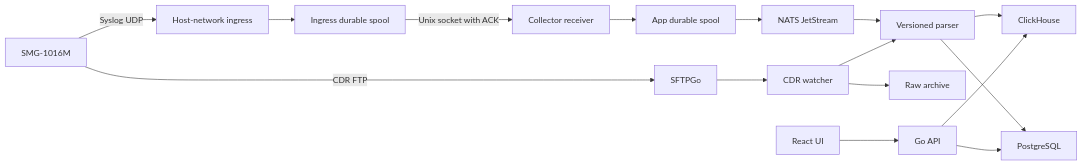
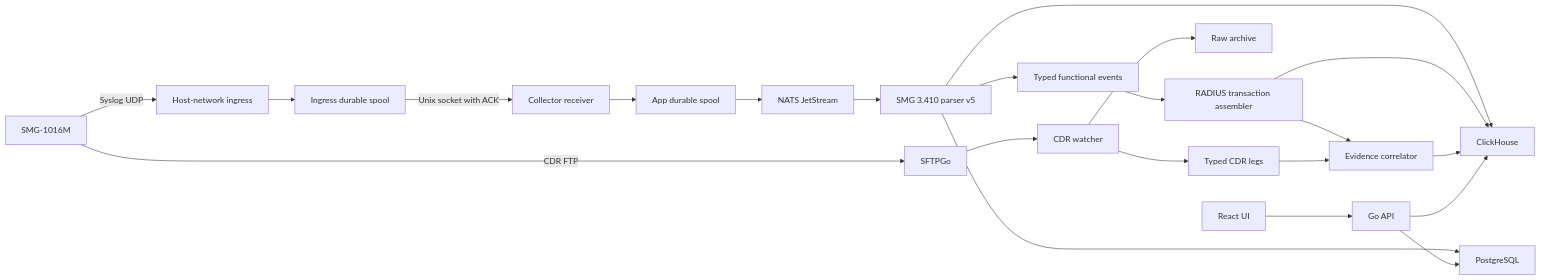
Before and after one commit to finenumbers/collector: the diagram in docs/architecture.md, drawn with Mermaid. The commit also changed other lines of this file and 21 other files, not shown here.

````diff
--- a/docs/architecture.md
+++ b/docs/architecture.md
@@ -7,18 +7,24 @@
 ```mermaid
 flowchart LR
     SMG[SMG-1016M] -->|Syslog UDP| Ingress[Host-network ingress]
     SMG -->|CDR FTP| FTP[SFTPGo]
     Ingress --> IngressSpool[Ingress durable spool]
     IngressSpool -->|Unix socket with ACK| Receiver[Collector receiver]
     Receiver --> Spool[App durable spool]
     Spool --> NATS[NATS JetStream]
-    NATS --> Parser[Versioned parser]
+    NATS --> Parser[SMG 3.410 parser v5]
+    Parser --> Functional[Typed functional events]
+    Functional --> Radius[RADIUS transaction assembler]
+    Radius --> Correlator[Evidence correlator]
     FTP --> Watcher[CDR watcher]
     Watcher --> MinIO[Raw archive]
-    Watcher --> Parser
+    Watcher --> CDR[Typed CDR legs]
+    CDR --> Correlator
     Parser --> CH[ClickHouse]
+    Radius --> CH
+    Correlator --> CH
     Parser --> PG[PostgreSQL]
     UI[React UI] --> API[Go API]
     API --> CH
     API --> PG
 ```
````
